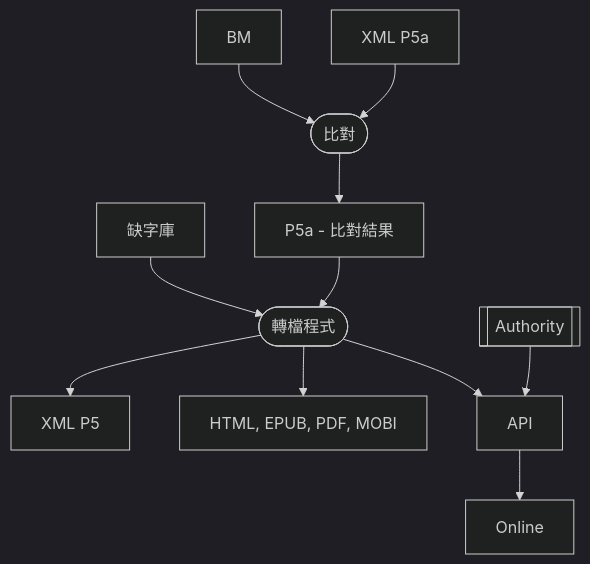
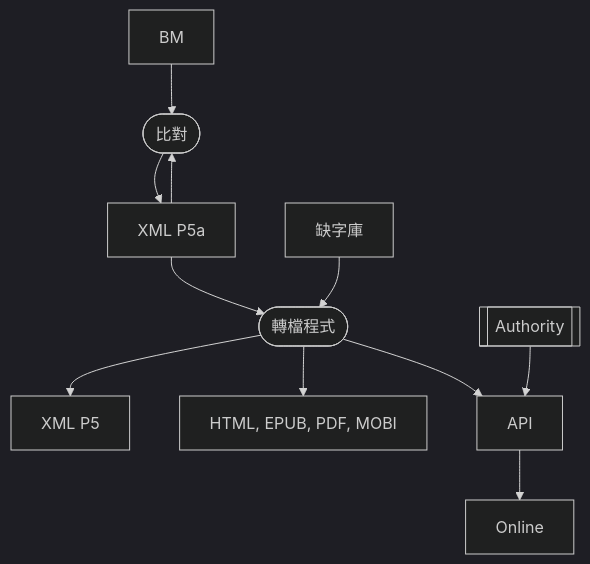
One commit to DILA-edu/cbeta-documentation changed the diagram in README.md. Above: the diagram before and after it, drawn with Mermaid (dark theme).

Commit message:
Update README.md
更新比對流程

````diff
--- a/README.md
+++ b/README.md
@@ -10,13 +10,13 @@
 ```mermaid
 flowchart TD
     BM["BM"] --> Compare([比對])
     XMLP5a["XML P5a"] --> Compare([比對])
-    Compare --> P5["P5a - 比對結果"]
+    Compare --> XMLP5a["XML P5a"]
+    XMLP5a["XML P5a"] --> Transform([轉檔程式])
     Missing["缺字庫"] --> Transform([轉檔程式])
-    P5 --> Transform([轉檔程式])
     Transform --> XMLP5["XML P5"]
     Transform --> Output["HTML, EPUB, PDF, MOBI"]
     Transform --> API["API"]
     Authority[["Authority"]] --> API
     API --> Online["Online"]
 ```
````
